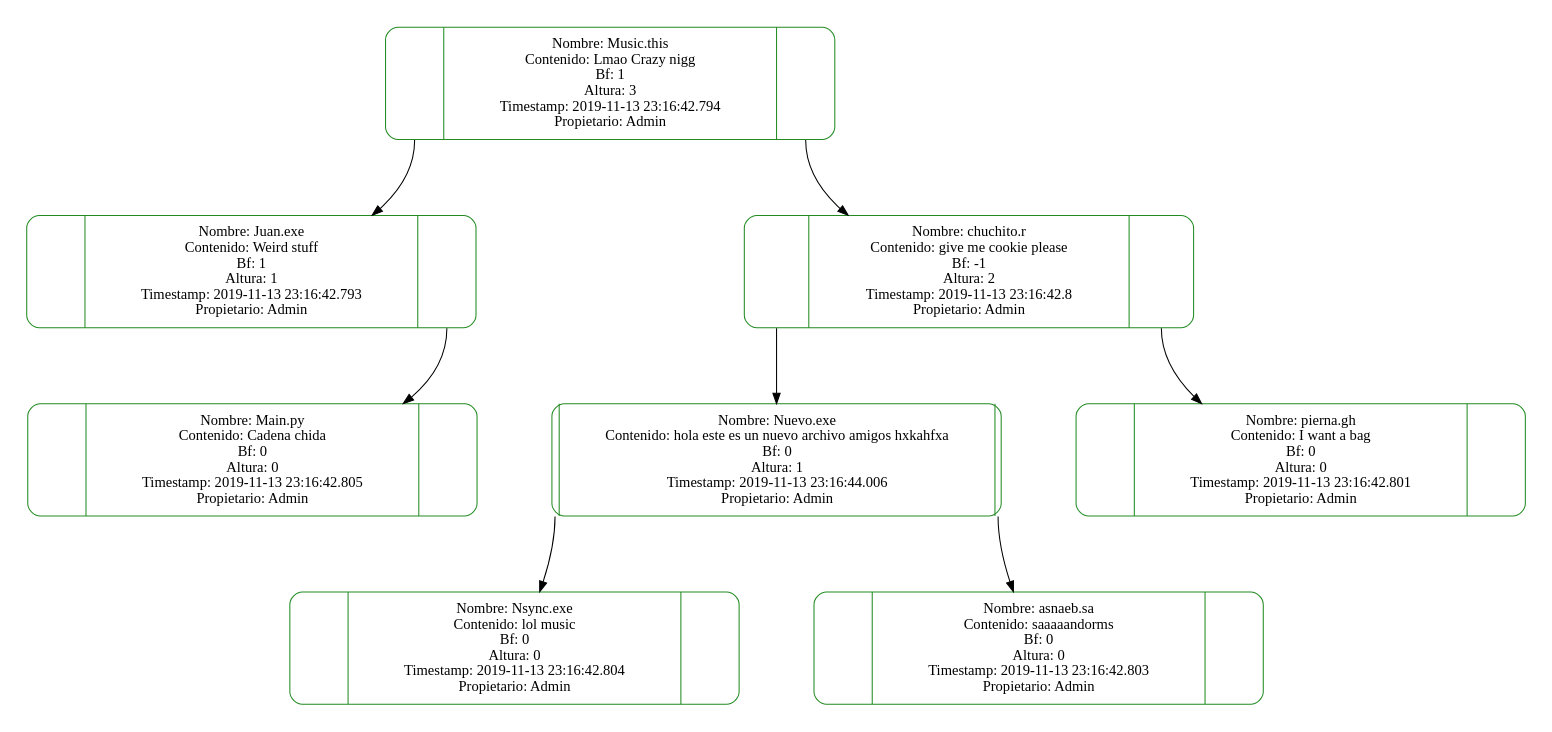
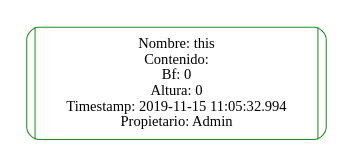
The diagram in Reports/AVLTree.dot (JPineda12/EDD_2S2019_PY2_201404405), drawn with Graphviz before and after one commit. The commit also changed 50 other files, not shown here.

```diff
--- a/Reports/AVLTree.dot
+++ b/Reports/AVLTree.dot
@@ -1,30 +1,9 @@
 digraph AVLTree {
     rankdir=TB;
     graph [pad=".25", ranksep="1.0", nodesep="1"];
     node [shape=record, style = rounded, color = forestgreen];
-    node [width = 6, height = 1.5, fixedsize="true"];
+    node [width = 4, height = 1.5, fixedsize="true"];
     //Nodes and links creation
-     ndMusicthis[label="<left> | Nombre: Music.this\nContenido: Lmao Crazy nigg\nBf: 1\nAltura: 3\nTimestamp: 2019-11-13 23:16:42.794\nPropietario: Admin | <right>"];
-     //Links ndMusicthis
-     ndMusicthis:left->ndJuanexe
-     ndMusicthis:right->ndchuchitor
-     ndJuanexe[label="<left> | Nombre: Juan.exe\nContenido: Weird stuff\nBf: 1\nAltura: 1\nTimestamp: 2019-11-13 23:16:42.793\nPropietario: Admin | <right>"];
-     //Links ndJuanexe
-     ndJuanexe:right->ndMainpy
-     ndMainpy[label="<left> | Nombre: Main.py\nContenido: Cadena chida\nBf: 0\nAltura: 0\nTimestamp: 2019-11-13 23:16:42.805\nPropietario: Admin | <right>"];
-     //Links ndMainpy
-     ndchuchitor[label="<left> | Nombre: chuchito.r\nContenido: give me cookie please\nBf: -1\nAltura: 2\nTimestamp: 2019-11-13 23:16:42.8\nPropietario: Admin | <right>"];
-     //Links ndchuchitor
-     ndchuchitor:left->ndNuevoexe
-     ndchuchitor:right->ndpiernagh
-     ndNuevoexe[label="<left> | Nombre: Nuevo.exe\nContenido: hola este es un nuevo archivo amigos hxkahfxa\nBf: 0\nAltura: 1\nTimestamp: 2019-11-13 23:16:44.006\nPropietario: Admin | <right>"];
-     //Links ndNuevoexe
-     ndNuevoexe:left->ndNsyncexe
-     ndNuevoexe:right->ndasnaebsa
-     ndNsyncexe[label="<left> | Nombre: Nsync.exe\nContenido: lol music \nBf: 0\nAltura: 0\nTimestamp: 2019-11-13 23:16:42.804\nPropietario: Admin | <right>"];
-     //Links ndNsyncexe
-     ndasnaebsa[label="<left> | Nombre: asnaeb.sa\nContenido: saaaaandorms\nBf: 0\nAltura: 0\nTimestamp: 2019-11-13 23:16:42.803\nPropietario: Admin | <right>"];
-     //Links ndasnaebsa
-     ndpiernagh[label="<left> | Nombre: pierna.gh\nContenido: I want a bag\nBf: 0\nAltura: 0\nTimestamp: 2019-11-13 23:16:42.801\nPropietario: Admin | <right>"];
-     //Links ndpiernagh
+     ndthis[label="<left> | Nombre: this\nContenido: \nBf: 0\nAltura: 0\nTimestamp: 2019-11-15 11:05:32.994\nPropietario: Admin | <right>"];
+     //Links ndthis
 }
```
